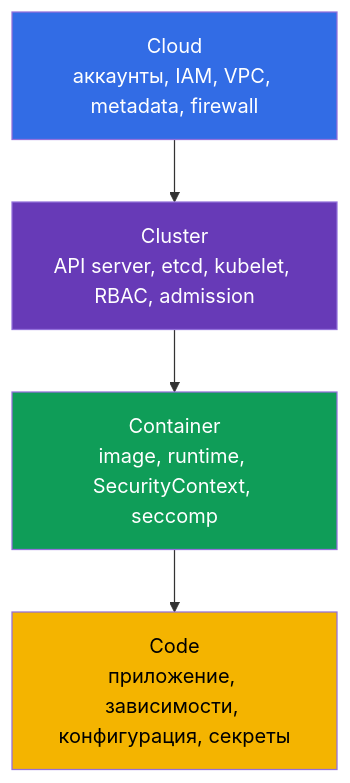
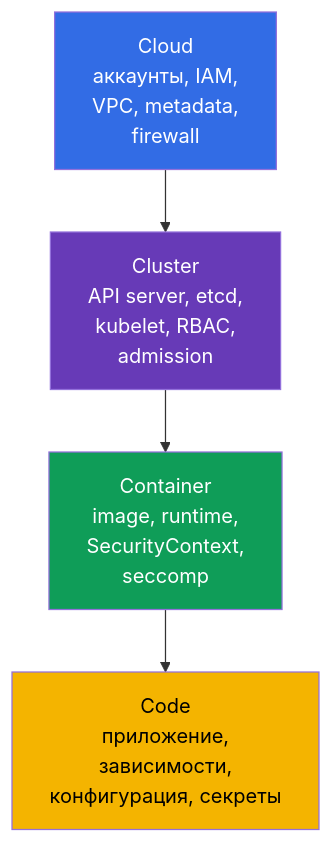
The first of 5 diagrams in tasks/cks/course/02/ru.md (ViktorUJ/cks), drawn with Mermaid before and after one commit. The commit also changed other lines of this file and 275 other files, not shown here.

````diff
--- a/tasks/cks/course/02/ru.md
+++ b/tasks/cks/course/02/ru.md
@@ -13,12 +15,12 @@
 ```mermaid
 flowchart TB
-    cloud["Cloud<br>аккаунты, IAM, VPC, metadata, firewall"]
-    cluster["Cluster<br>API server, etcd, kubelet, RBAC, admission"]
-    container["Container<br>image, runtime, SecurityContext, seccomp"]
-    code["Code<br>приложение, зависимости, конфигурация, секреты"]
+    cloud["Cloud<br/>аккаунты, IAM,<br/>VPC, metadata,<br/>firewall"]
+    cluster["Cluster<br/>API server, etcd,<br/>kubelet, RBAC,<br/>admission"]
+    container["Container<br/>image, runtime,<br/>SecurityContext,<br/>seccomp"]
+    code["Code<br/>приложение,<br/>зависимости,<br/>конфигурация, секреты"]
     cloud --> cluster --> container --> code
     style cloud fill:#326ce5,color:#fff
     style cluster fill:#673ab7,color:#fff
     style container fill:#0f9d58,color:#fff
     style code fill:#f4b400,color:#000
 ```
````
